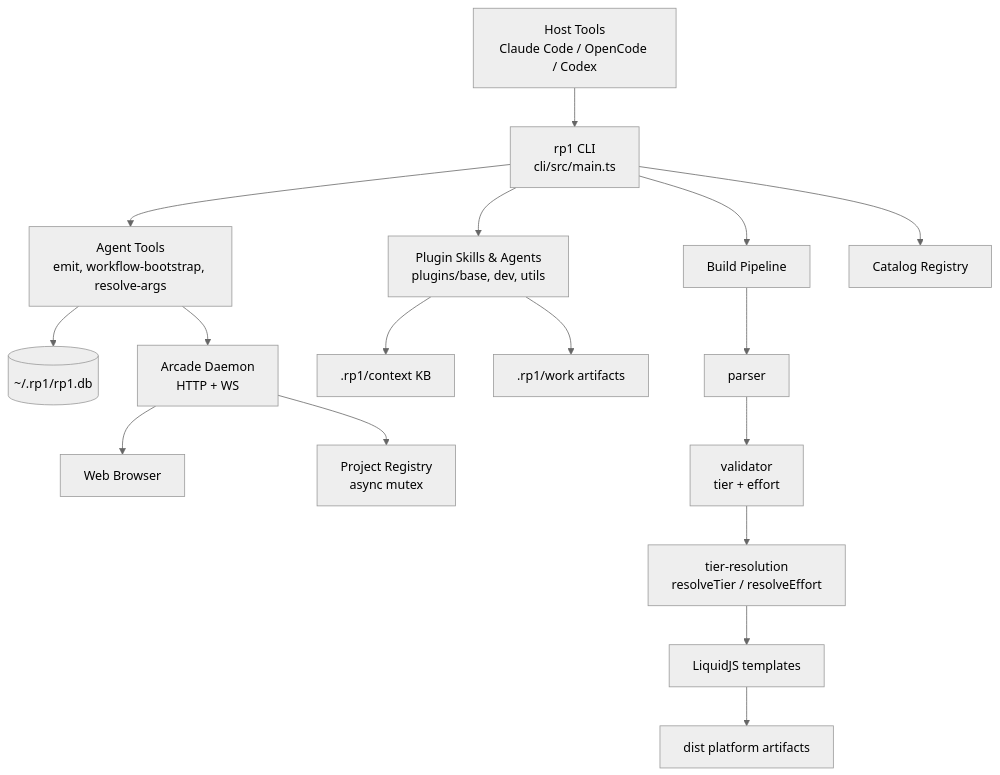
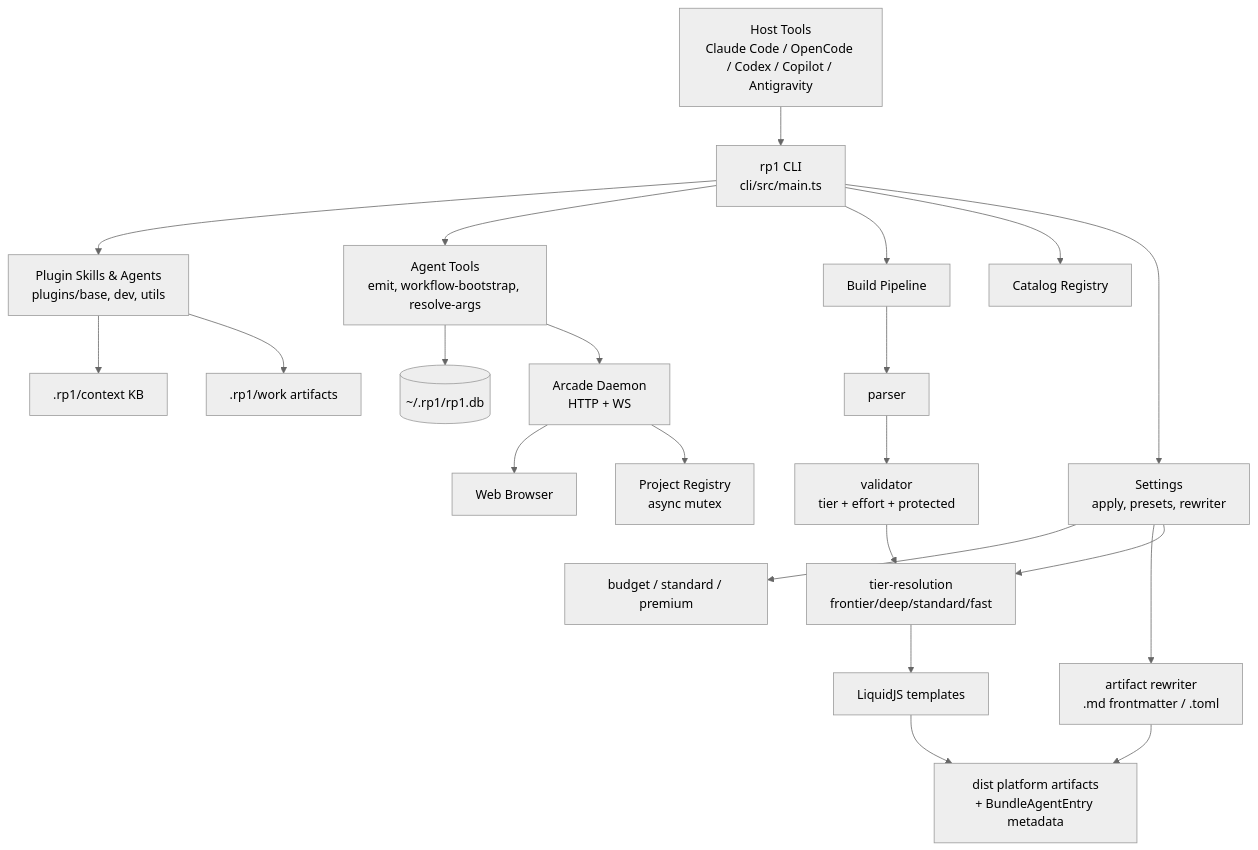
The diagram in .rp1/context/architecture.md (rp1-run/rp1), drawn with Mermaid (neutral theme) before and after one commit. The commit also changed other lines of this file and 34 other files, not shown here.

First line of the commit message:
feat(settings): user-controllable model & effort tier remapping via late-bound resolution (#413)

````diff
--- a/.rp1/context/architecture.md
+++ b/.rp1/context/architecture.md
@@ -11,19 +11,24 @@
 ```mermaid
 flowchart TB
-    Host["Host Tools<br/>Claude Code / OpenCode / Codex"] --> CLI["rp1 CLI<br/>cli/src/main.ts"]
+    Host["Host Tools<br/>Claude Code / OpenCode / Codex / Copilot / Antigravity"] --> CLI["rp1 CLI<br/>cli/src/main.ts"]
     CLI --> Skills["Plugin Skills & Agents<br/>plugins/base, dev, utils"]
     CLI --> AgentTools["Agent Tools<br/>emit, workflow-bootstrap, resolve-args"]
     CLI --> Build["Build Pipeline"]
     CLI --> Catalog["Catalog Registry"]
+    CLI --> Settings["Settings<br/>apply, presets, rewriter"]
     AgentTools --> EventDB[("~/.rp1/rp1.db")]
     AgentTools --> Daemon["Arcade Daemon<br/>HTTP + WS"]
     Daemon --> Browser["Web Browser"]
     Daemon --> Registry["Project Registry<br/>async mutex"]
     Skills --> KB[".rp1/context KB"]
     Skills --> Work[".rp1/work artifacts"]
     Build --> Parse["parser"]
-    Parse --> Validate["validator<br/>tier + effort"]
-    Validate --> TierRes["tier-resolution<br/>resolveTier / resolveEffort"]
+    Parse --> Validate["validator<br/>tier + effort + protected"]
+    Validate --> TierRes["tier-resolution<br/>frontier/deep/standard/fast"]
     TierRes --> Render["LiquidJS templates"]
-    Render --> Artifacts["dist platform artifacts"]
+    Render --> Artifacts["dist platform artifacts<br/>+ BundleAgentEntry metadata"]
+    Settings --> Presets["budget / standard / premium"]
+    Settings --> Rewriter["artifact rewriter<br/>.md frontmatter / .toml"]
+    Settings --> TierRes
+    Rewriter --> Artifacts
 ```
````
